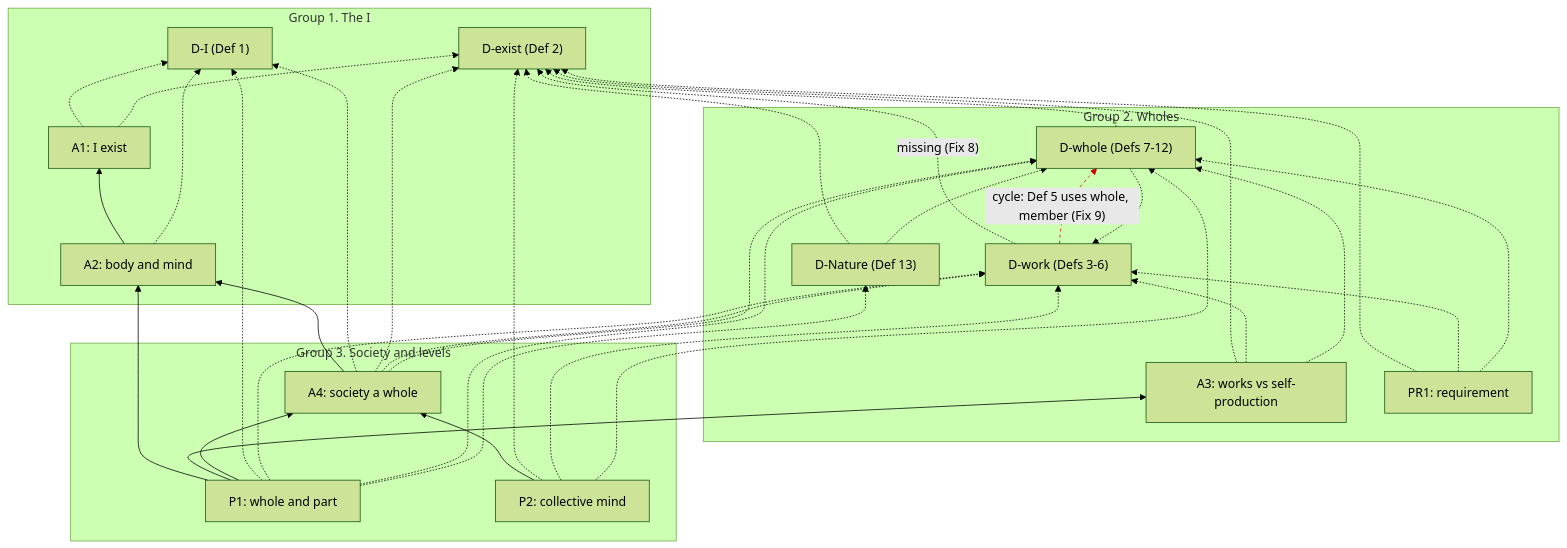
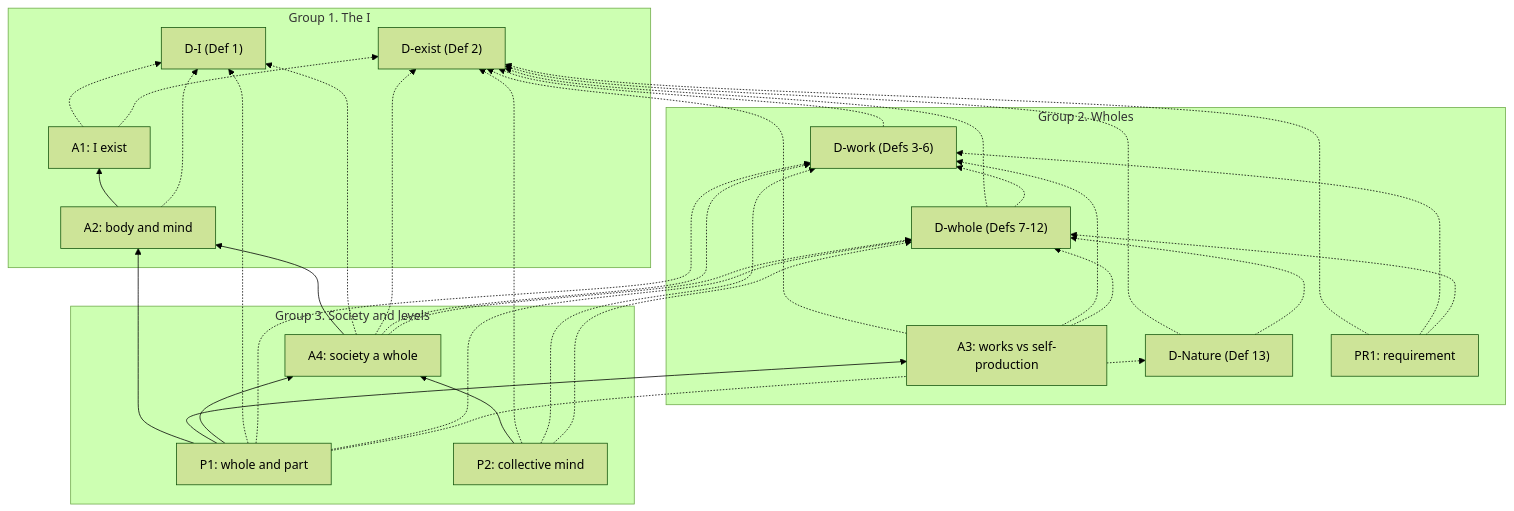
The diagram in candidates/core_v2/audits/dependency_check.md (neuresthetics/freedom_of_necessity), drawn with Mermaid (forest theme) before and after one commit. The commit also changed other lines of this file and 15 other files, not shown here.

````diff
--- a/candidates/core_v2/audits/dependency_check.md
+++ b/candidates/core_v2/audits/dependency_check.md
@@ -288,54 +290,52 @@
 ```mermaid
 graph BT
   subgraph G1["Group 1. The I"]
     DI["D-I (Def 1)"]
     DE["D-exist (Def 2)"]
     A1["A1: I exist"]
     A2["A2: body and mind"]
   end
   subgraph G2["Group 2. Wholes"]
     DW["D-work (Defs 3-6)"]
     DH["D-whole (Defs 7-12)"]
     DN["D-Nature (Def 13)"]
     A3["A3: works vs self-production"]
     PR1["PR1: requirement"]
   end
   subgraph G3["Group 3. Society and levels"]
     A4["A4: society a whole"]
     P1["P1: whole and part"]
     P2["P2: collective mind"]
   end
   A1 -.-> DI
   A1 -.-> DE
   A2 --> A1
   A2 -.-> DI
-  DW -. "missing (Fix 8)" .-> DE
+  DW -.-> DE
   DH -.-> DE
   DH -.-> DW
-  DW -. "cycle: Def 5 uses whole, member (Fix 9)" .-> DH
   DN -.-> DE
   DN -.-> DH
   A3 -.-> DE
   A3 -.-> DW
   A3 -.-> DH
   PR1 -.-> DE
   PR1 -.-> DW
   PR1 -.-> DH
   A4 --> A2
   A4 -.-> DI
   A4 -.-> DE
   A4 -.-> DW
   A4 -.-> DH
   P1 --> A2
   P1 --> A3
   P1 --> A4
   P1 -.-> DI
   P1 -.-> DW
   P1 -.-> DH
   P1 -.-> DN
   P2 --> A4
   P2 -.-> DE
   P2 -.-> DW
   P2 -.-> DH
-  linkStyle 7 stroke:#c00,stroke-dasharray:4
 ```
````
